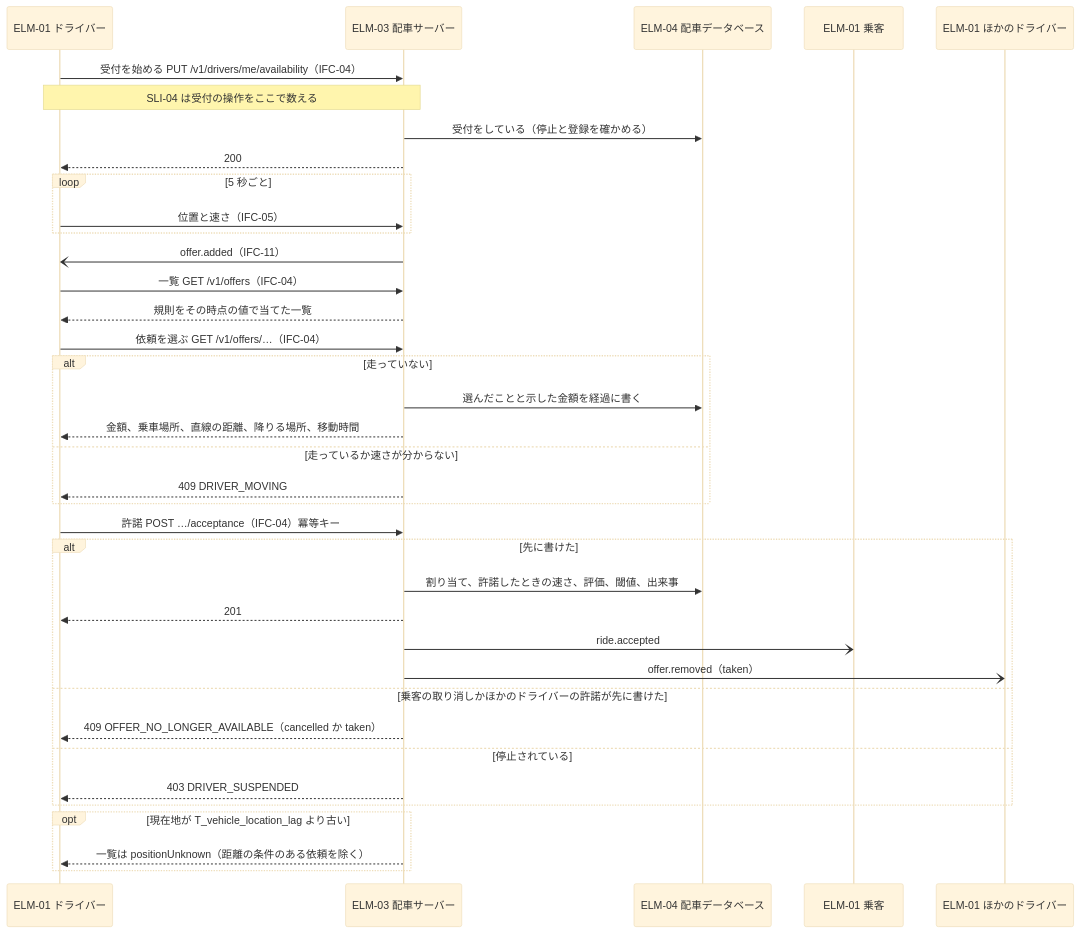
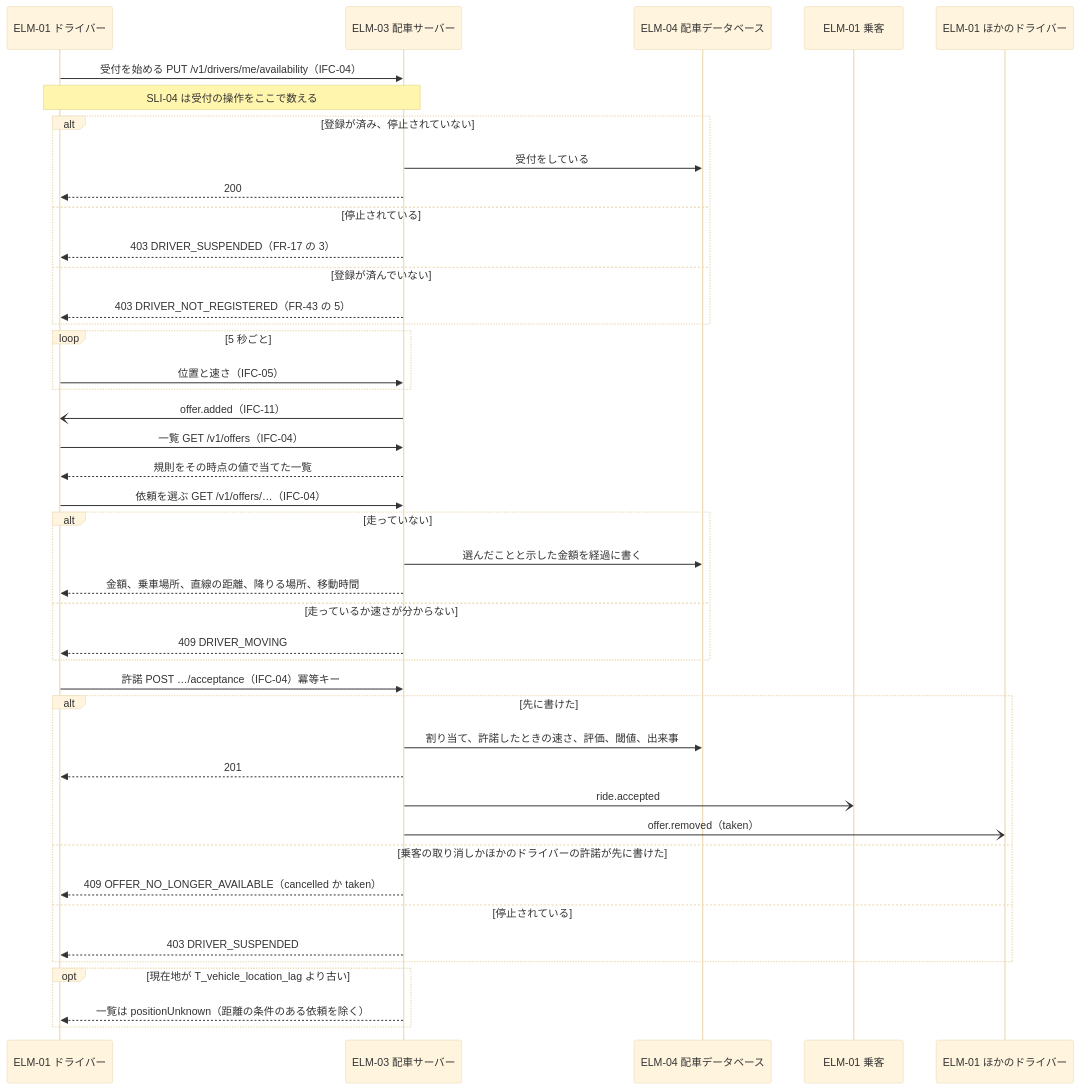
Before and after one commit to Taro000/ride-hailing-app-demo: the tenth of 57 diagrams in docs/design/3-high-level-design.md, drawn with Mermaid (base theme). The commit also changed other lines of this file and 51 other files, not shown here.

````diff
--- a/docs/design/3-high-level-design.md
+++ b/docs/design/3-high-level-design.md
@@ -400,39 +448,45 @@
 ```mermaid
 sequenceDiagram
   participant D as ELM-01 ドライバー
   participant S as ELM-03 配車サーバー
   participant DB as ELM-04 配車データベース
   participant P as ELM-01 乗客
   participant D2 as ELM-01 ほかのドライバー
   D->>S: 受付を始める PUT /v1/drivers/me/availability（IFC-04）
   Note over D,S: SLI-04 は受付の操作をここで数える
-  S->>DB: 受付をしている（停止と登録を確かめる）
-  S-->>D: 200
+  alt 登録が済み、停止されていない
+    S->>DB: 受付をしている
+    S-->>D: 200
+  else 停止されている
+    S-->>D: 403 DRIVER_SUSPENDED（FR-17 の 3）
+  else 登録が済んでいない
+    S-->>D: 403 DRIVER_NOT_REGISTERED（FR-43 の 5）
+  end
   loop 5 秒ごと
     D->>S: 位置と速さ（IFC-05）
   end
   S-)D: offer.added（IFC-11）
   D->>S: 一覧 GET /v1/offers（IFC-04）
   S-->>D: 規則をその時点の値で当てた一覧
   D->>S: 依頼を選ぶ GET /v1/offers/…（IFC-04）
   alt 走っていない
     S->>DB: 選んだことと示した金額を経過に書く
     S-->>D: 金額、乗車場所、直線の距離、降りる場所、移動時間
   else 走っているか速さが分からない
     S-->>D: 409 DRIVER_MOVING
   end
   D->>S: 許諾 POST …/acceptance（IFC-04）冪等キー
   alt 先に書けた
     S->>DB: 割り当て、許諾したときの速さ、評価、閾値、出来事
     S-->>D: 201
     S-)P: ride.accepted
     S-)D2: offer.removed（taken）
   else 乗客の取り消しかほかのドライバーの許諾が先に書けた
     S-->>D: 409 OFFER_NO_LONGER_AVAILABLE（cancelled か taken）
   else 停止されている
     S-->>D: 403 DRIVER_SUSPENDED
   end
   opt 現在地が T_vehicle_location_lag より古い
     S-->>D: 一覧は positionUnknown（距離の条件のある依頼を除く）
   end
 ```
````
